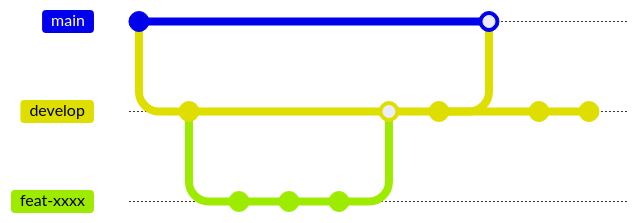
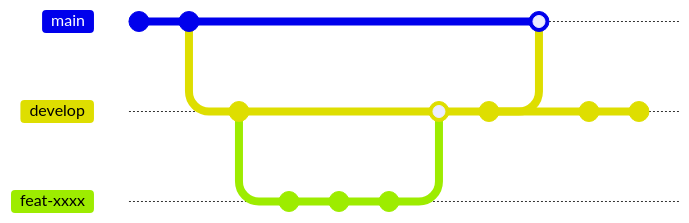
Before and after one commit to MJU-TeamProject2/MJU-Rule: the diagram in git/README.md, drawn with Mermaid. The commit also changed other lines of this file, not shown here. Commit ids are hidden.

````diff
--- a/git/README.md
+++ b/git/README.md
@@ -1,23 +3,24 @@
 ```mermaid
 %%{init: { 'logLevel': 'debug', 'gitGraph': {'showBranches': true,'showCommitLabel': false}} }%%
 
 gitGraph
+    commit
     commit
     branch develop
     checkout develop
     commit
     branch feat-xxxx
     checkout feat-xxxx
     commit
     commit
     commit
     checkout develop
     merge feat-xxxx
     commit
     checkout main
     merge develop
     checkout develop
     commit
     commit
 
 ```
````
